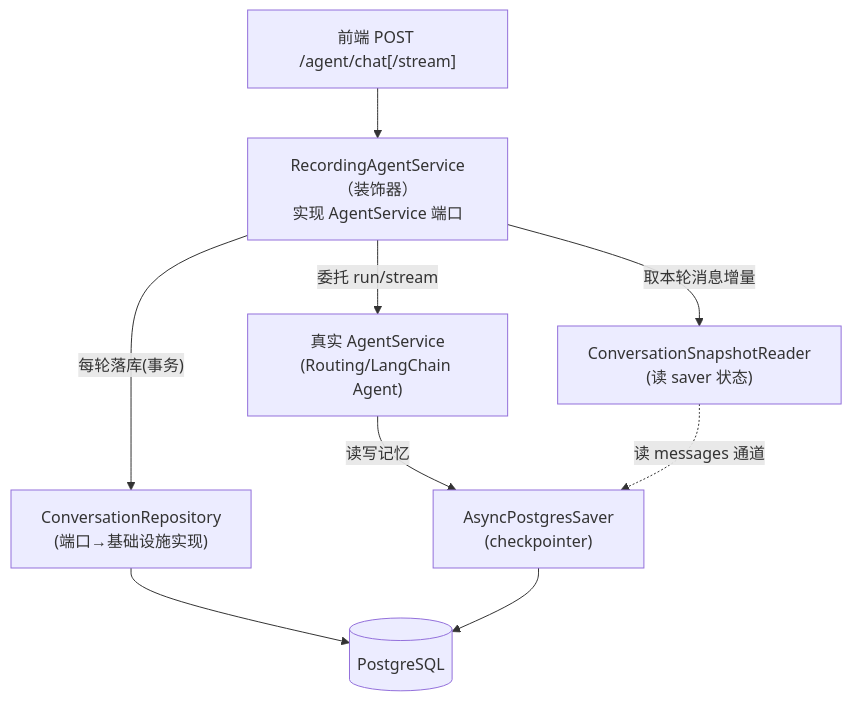
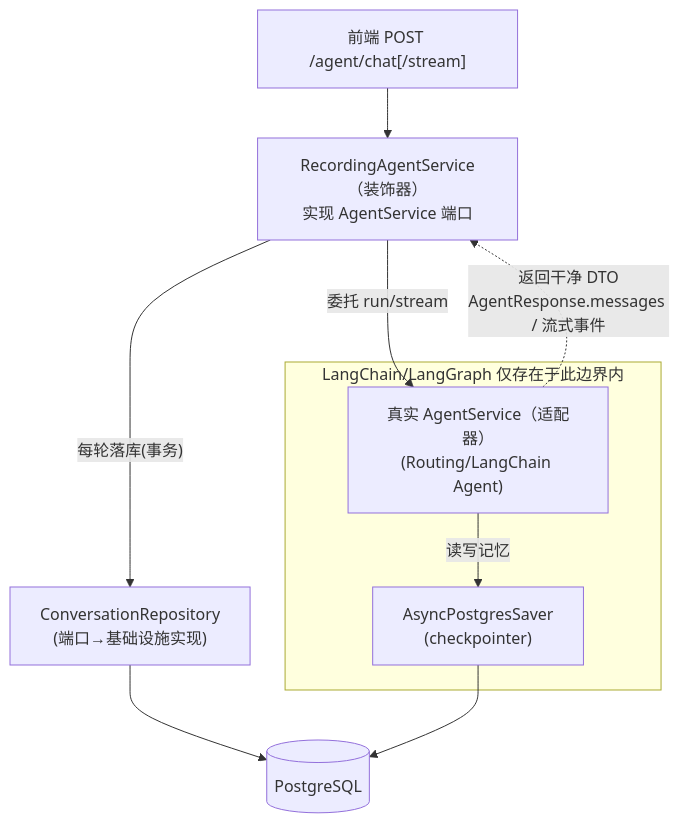
Before and after one commit to VbiosWen/ai-finance: the first of 3 diagrams in docs/superpowers/specs/2026-07-19-conversation-persistence-design.md, drawn with Mermaid. The commit also changed other lines of this file, not shown here.

First line of the commit message:
docs: 修订对话持久化设计——解耦 LangGraph + 单轮 token

````diff
--- a/docs/superpowers/specs/2026-07-19-conversation-persistence-design.md
+++ b/docs/superpowers/specs/2026-07-19-conversation-persistence-design.md
@@ -71,11 +72,14 @@
 ```mermaid
 flowchart TD
     FE["前端 POST /agent/chat[/stream]"] --> REC["RecordingAgentService（装饰器）<br/>实现 AgentService 端口"]
-    REC -->|"委托 run/stream"| INNER["真实 AgentService<br/>(Routing/LangChain Agent)"]
+    REC -->|"委托 run/stream"| INNER["真实 AgentService（适配器）<br/>(Routing/LangChain Agent)"]
     INNER -->|"读写记忆"| SAVER["AsyncPostgresSaver<br/>(checkpointer)"]
+    INNER -.->|"返回干净 DTO<br/>AgentResponse.messages / 流式事件"| REC
     REC -->|"每轮落库(事务)"| REPO["ConversationRepository<br/>(端口→基础设施实现)"]
-    REC -->|"取本轮消息增量"| SNAP["ConversationSnapshotReader<br/>(读 saver 状态)"]
-    SNAP -.->|"读 messages 通道"| SAVER
     REPO --> PG[("PostgreSQL")]
     SAVER --> PG
+    subgraph BOUND["LangChain/LangGraph 仅存在于此边界内"]
+        INNER
+        SAVER
+    end
 ```
````
